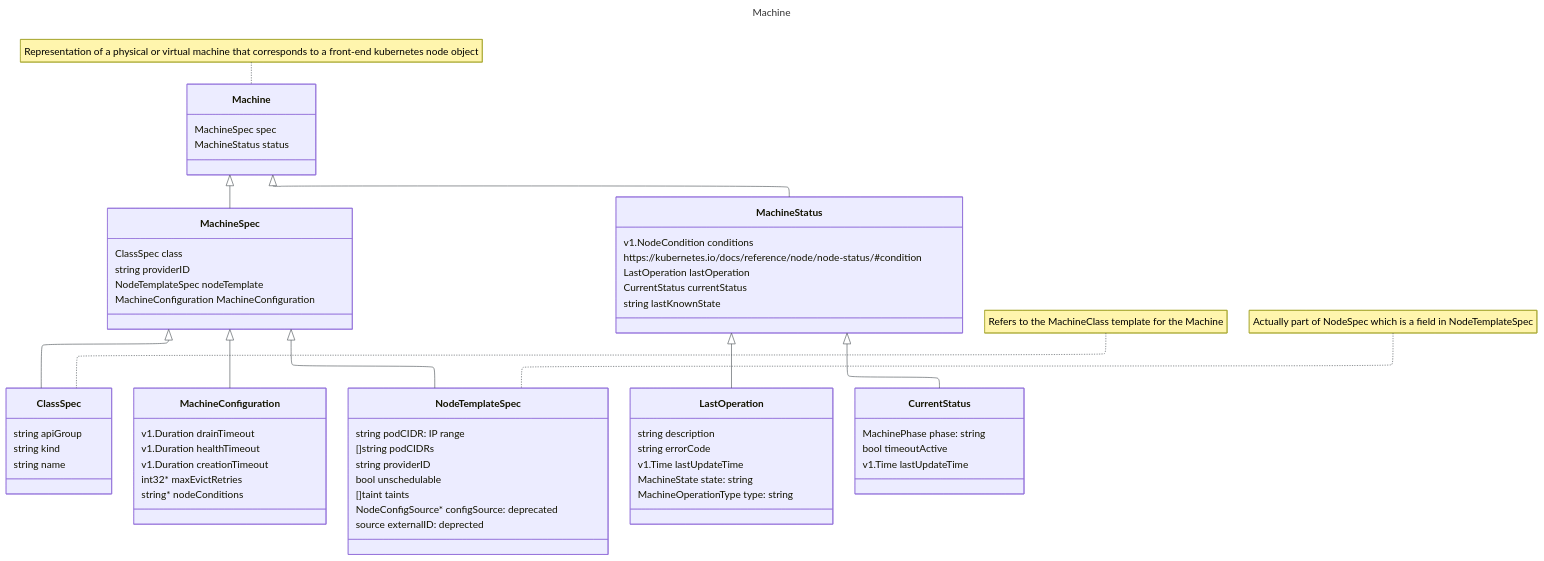
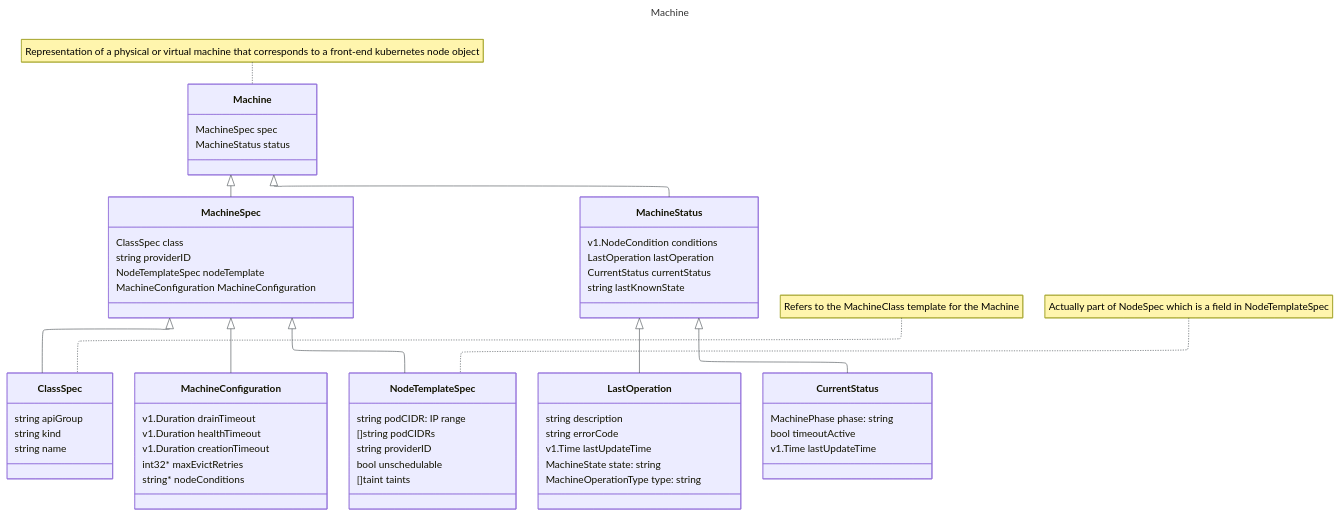
Before and after one commit to brongulus/brongulus.github.io: the first of 4 diagrams in content/notes/20241129T160749--mcm__k8s_sap_work.md, drawn with Mermaid. The commit also changed other lines of this file and 9 other files, not shown here.

Commit message:
mcm: Updated creation & deletion flow

```diff
--- a/content/notes/20241129T160749--mcm__k8s_sap_work.md
+++ b/content/notes/20241129T160749--mcm__k8s_sap_work.md
@@ -67,8 +67,6 @@
    string providerID
    bool unschedulable
    []taint taints
-   NodeConfigSource* configSource: deprecated
-   source externalID: deprected
    }
    note for NodeTemplateSpec "Actually part of NodeSpec which is a field in NodeTemplateSpec"
 
@@ -84,7 +82,6 @@
    MachineStatus <|-- CurrentStatus
    class MachineStatus{
    v1.NodeCondition conditions
-https://kubernetes.io/docs/reference/node/node-status/#condition
    LastOperation lastOperation
    CurrentStatus currentStatus
    string lastKnownState
```
